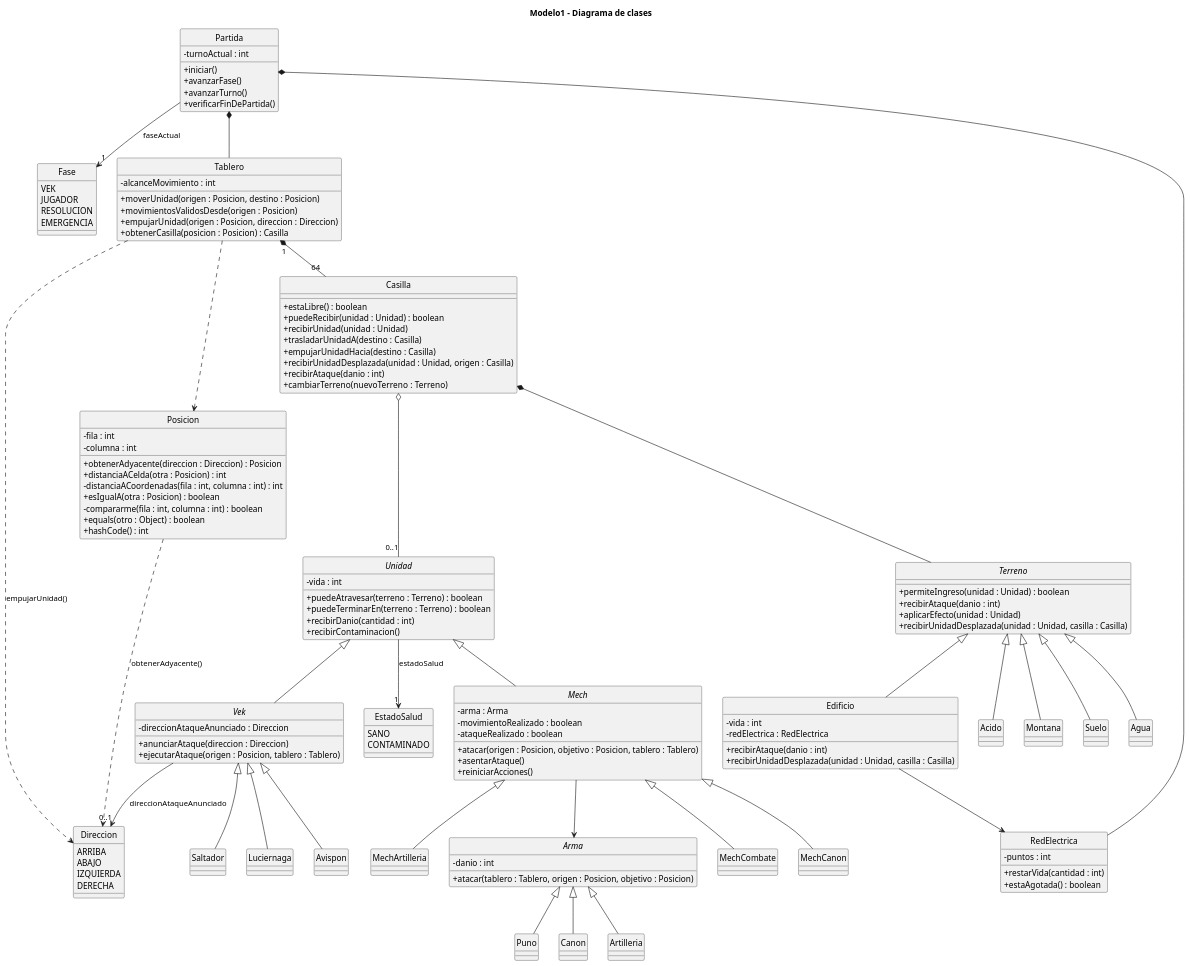
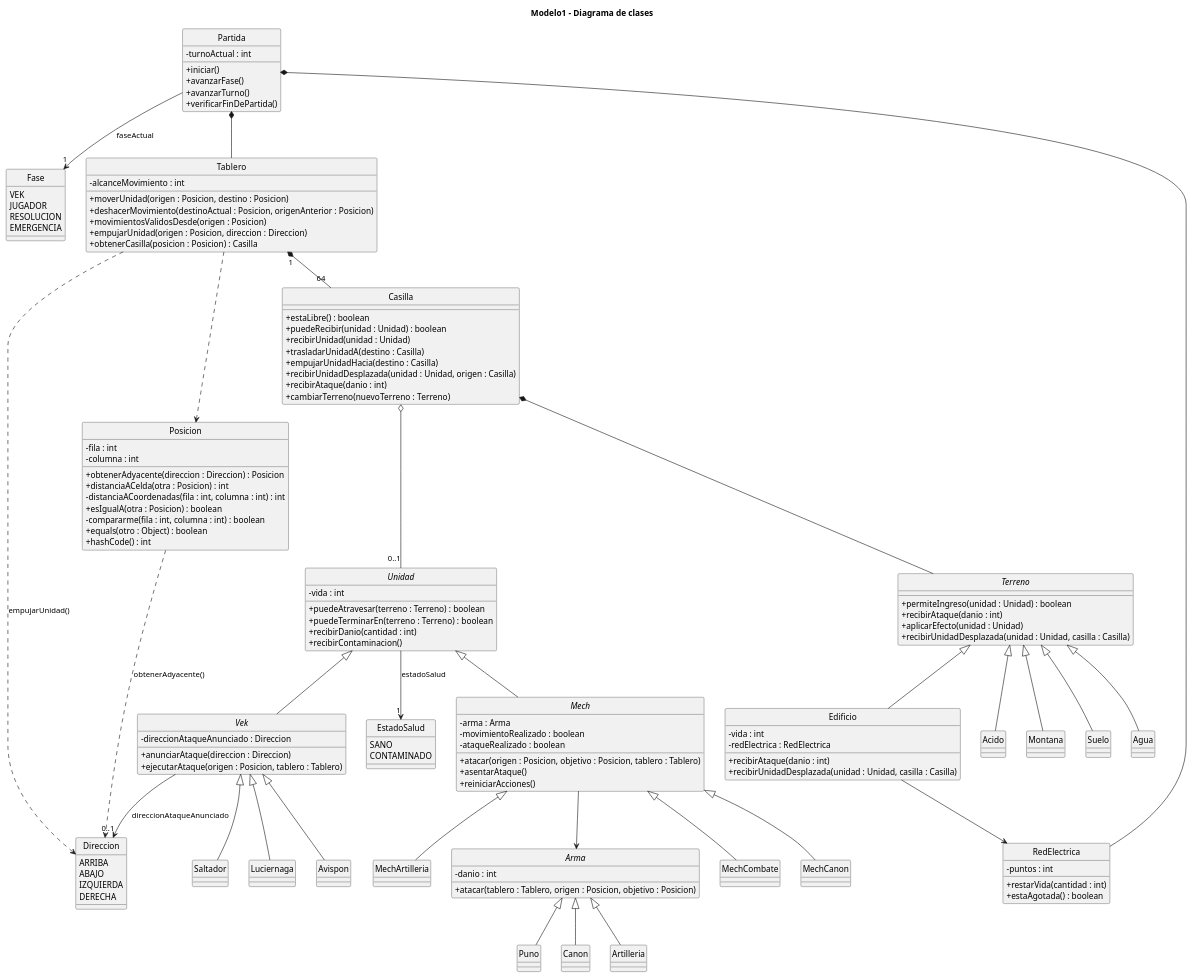
Before and after one commit to LautaroHidalgo/Into-the-Breach-TP: the diagram in Modelo1/Diagramas/Diagrama de Clases.puml, drawn with PlantUML. The commit also changed 4 other files, not shown here.

Commit message:
Guardo mis tests y diagrama antes de traer main

```diff
--- a/Modelo1/Diagramas/Diagrama de Clases.puml
+++ b/Modelo1/Diagramas/Diagrama de Clases.puml
@@ -1,172 +1,173 @@
 @startuml Modelo1
 title Modelo1 - Diagrama de clases
 
 hide circle
 skinparam classAttributeIconSize 0
 skinparam style strictuml
 
 
 class Partida {
   - turnoActual : int
   + iniciar()
   + avanzarFase()
   + avanzarTurno()
   + verificarFinDePartida()
 }
 
 enum Fase {
   VEK
   JUGADOR
   RESOLUCION
   EMERGENCIA
 }
 
 class Tablero {
   - alcanceMovimiento : int
   + moverUnidad(origen : Posicion, destino : Posicion)
+  + deshacerMovimiento(destinoActual : Posicion, origenAnterior : Posicion)
   + movimientosValidosDesde(origen : Posicion)
   + empujarUnidad(origen : Posicion, direccion : Direccion)
   + obtenerCasilla(posicion : Posicion) : Casilla
 }
 
 class Casilla {
   + estaLibre() : boolean
   + puedeRecibir(unidad : Unidad) : boolean
   + recibirUnidad(unidad : Unidad)
   + trasladarUnidadA(destino : Casilla)
   + empujarUnidadHacia(destino : Casilla)
   + recibirUnidadDesplazada(unidad : Unidad, origen : Casilla)
   + recibirAtaque(danio : int)
   + cambiarTerreno(nuevoTerreno : Terreno)
 }
 
 enum Direccion {
   ARRIBA
   ABAJO
   IZQUIERDA
   DERECHA
 }
 
 class Posicion {
   - fila : int
   - columna : int
   + obtenerAdyacente(direccion : Direccion) : Posicion
   + distanciaACelda(otra : Posicion) : int
   - distanciaACoordenadas(fila : int, columna : int) : int
   + esIgualA(otra : Posicion) : boolean
   - compararme(fila : int, columna : int) : boolean
   + equals(otro : Object) : boolean
   + hashCode() : int
 }
 
 abstract class Terreno {
   + permiteIngreso(unidad : Unidad) : boolean
   + recibirAtaque(danio : int)
   + aplicarEfecto(unidad : Unidad)
   + recibirUnidadDesplazada(unidad : Unidad, casilla : Casilla)
 }
 
 class Suelo
 class Agua
 class Acido
 class Montana
 
 class Edificio {
   - vida : int
   - redElectrica : RedElectrica
   + recibirAtaque(danio : int)
   + recibirUnidadDesplazada(unidad : Unidad, casilla : Casilla)
 }
 
 Terreno <|-- Suelo
 Terreno <|-- Agua
 Terreno <|-- Acido
 Terreno <|-- Montana
 Terreno <|-- Edificio
 
 class RedElectrica {
   - puntos : int
   + restarVida(cantidad : int)
   + estaAgotada() : boolean
 }
 
 abstract class Unidad {
   - vida : int
   + puedeAtravesar(terreno : Terreno) : boolean
   + puedeTerminarEn(terreno : Terreno) : boolean
   + recibirDanio(cantidad : int)
   + recibirContaminacion()
 }
 
 enum EstadoSalud {
   SANO
   CONTAMINADO
 }
 
 abstract class Mech {
   - arma : Arma
   - movimientoRealizado : boolean
   - ataqueRealizado : boolean
   + atacar(origen : Posicion, objetivo : Posicion, tablero : Tablero)
   + asentarAtaque()
   + reiniciarAcciones()
 }
 
 abstract class Vek {
   - direccionAtaqueAnunciado : Direccion
   + anunciarAtaque(direccion : Direccion)
   + ejecutarAtaque(origen : Posicion, tablero : Tablero)
 }
 
 Unidad <|-- Mech
 Unidad <|-- Vek
 
 class MechCombate
 class MechCanon
 class MechArtilleria
 
 Mech <|-- MechCombate
 Mech <|-- MechCanon
 Mech <|-- MechArtilleria
 
 class Saltador
 class Luciernaga
 class Avispon
 
 Vek <|-- Saltador
 Vek <|-- Luciernaga
 Vek <|-- Avispon
 
 abstract class Arma {
   - danio : int
   + atacar(tablero : Tablero, origen : Posicion, objetivo : Posicion)
 }
 
 class Puno
 class Canon
 class Artilleria
 
 Arma <|-- Puno
 Arma <|-- Canon
 Arma <|-- Artilleria
 
 Partida *-- Tablero
 Partida *-- RedElectrica
 
 Tablero "1"*-- "64" Casilla
 Tablero ..> Posicion
 
 Casilla *-- Terreno
 Casilla o-- "0..1" Unidad
 
 Edificio --> RedElectrica
 Mech --> Arma
 
 Unidad --> "1" EstadoSalud : estadoSalud
 Partida --> "1" Fase : faseActual
 Vek --> "0..1" Direccion : direccionAtaqueAnunciado
 
 Posicion ..> Direccion : obtenerAdyacente()
 Tablero ..> Direccion : empujarUnidad()
 
 @enduml
```
